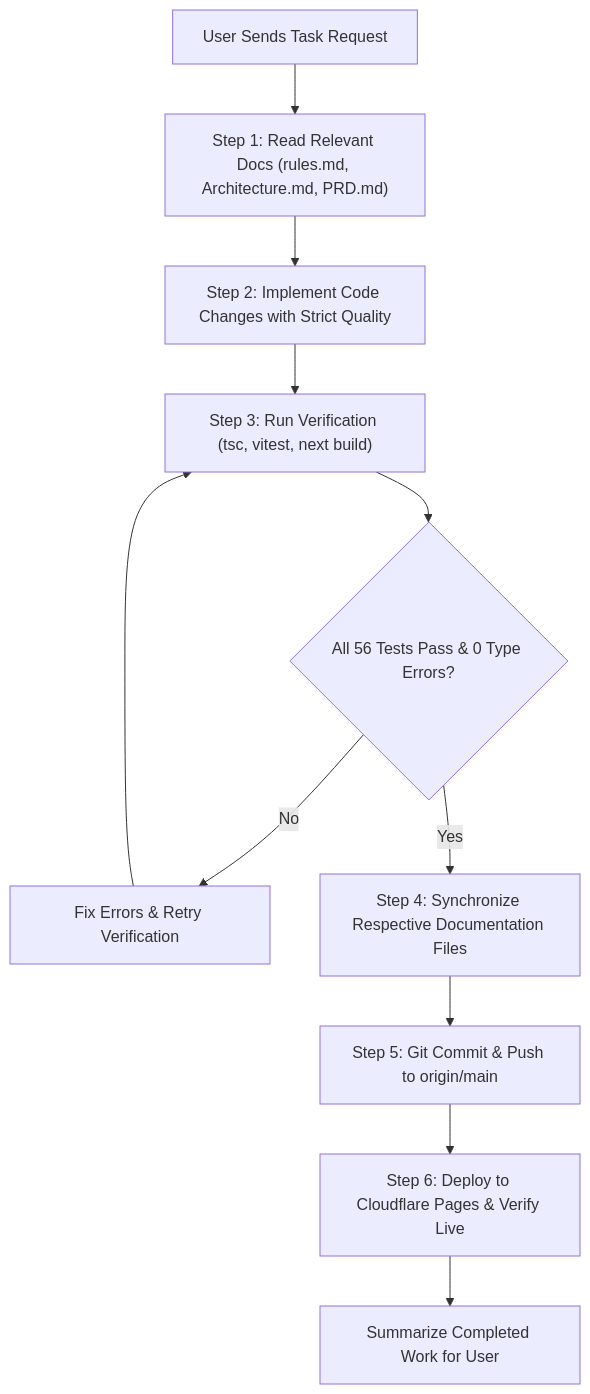
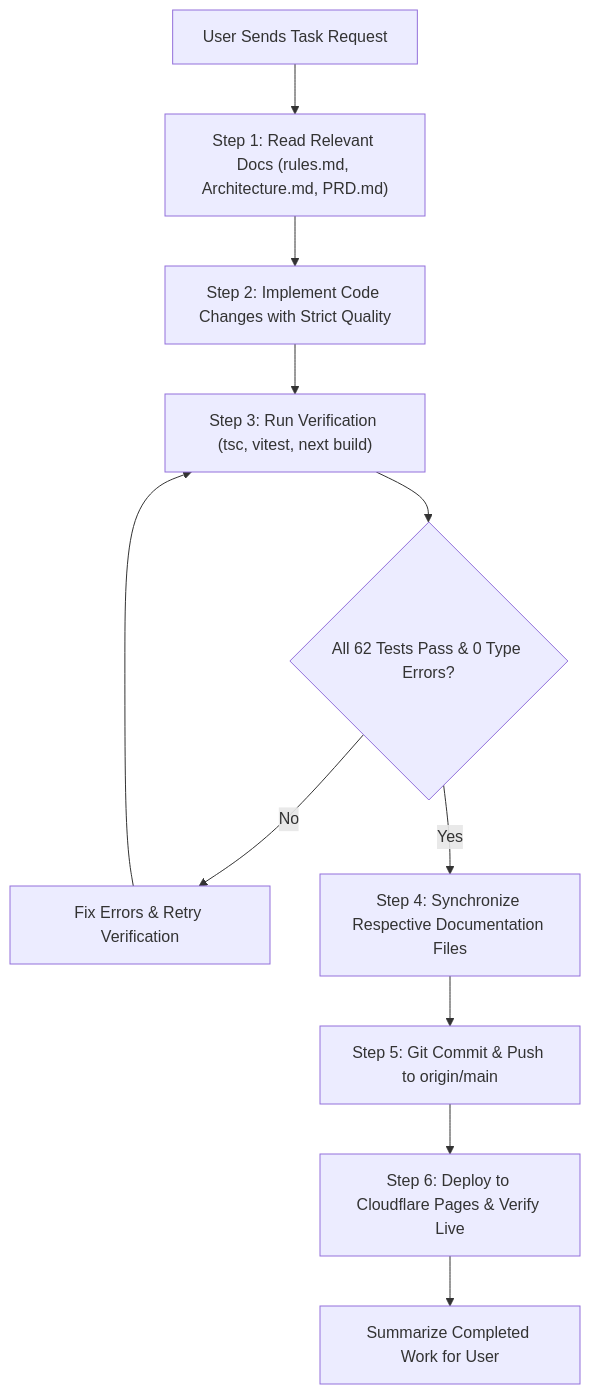
One commit to AvishkarKedar/textshare changed the diagram in COMMANDS.md. Above: the diagram before and after it, drawn with Mermaid. The commit also changed other lines of this file and 2 other files, not shown here.

Commit message:
docs: sync test suite count to 62 passing across all rulebooks

````diff
--- a/COMMANDS.md
+++ b/COMMANDS.md
@@ -94,13 +94,13 @@
 ```mermaid
 flowchart TD
     Start["User Sends Task Request"] --> Step1["Step 1: Read Relevant Docs (rules.md, Architecture.md, PRD.md)"]
     Step1 --> Step2["Step 2: Implement Code Changes with Strict Quality"]
     Step2 --> Step3["Step 3: Run Verification (tsc, vitest, next build)"]
-    Step3 --> Step4{"All 56 Tests Pass & 0 Type Errors?"}
+    Step3 --> Step4{"All 62 Tests Pass & 0 Type Errors?"}
     Step4 -->|No| FixCode["Fix Errors & Retry Verification"]
     FixCode --> Step3
     Step4 -->|Yes| Step5["Step 4: Synchronize Respective Documentation Files"]
     Step5 --> Step6["Step 5: Git Commit & Push to origin/main"]
     Step6 --> Step7["Step 6: Deploy to Cloudflare Pages & Verify Live"]
     Step7 --> End["Summarize Completed Work for User"]
 ```
````
